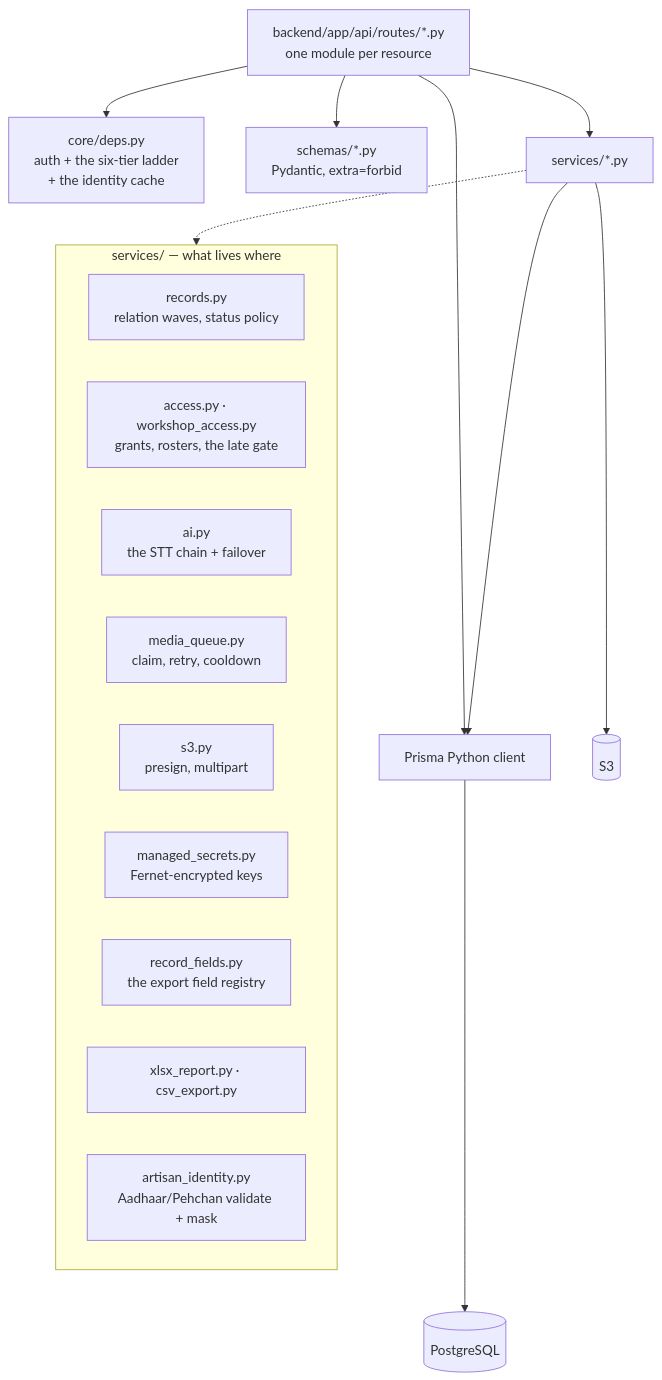
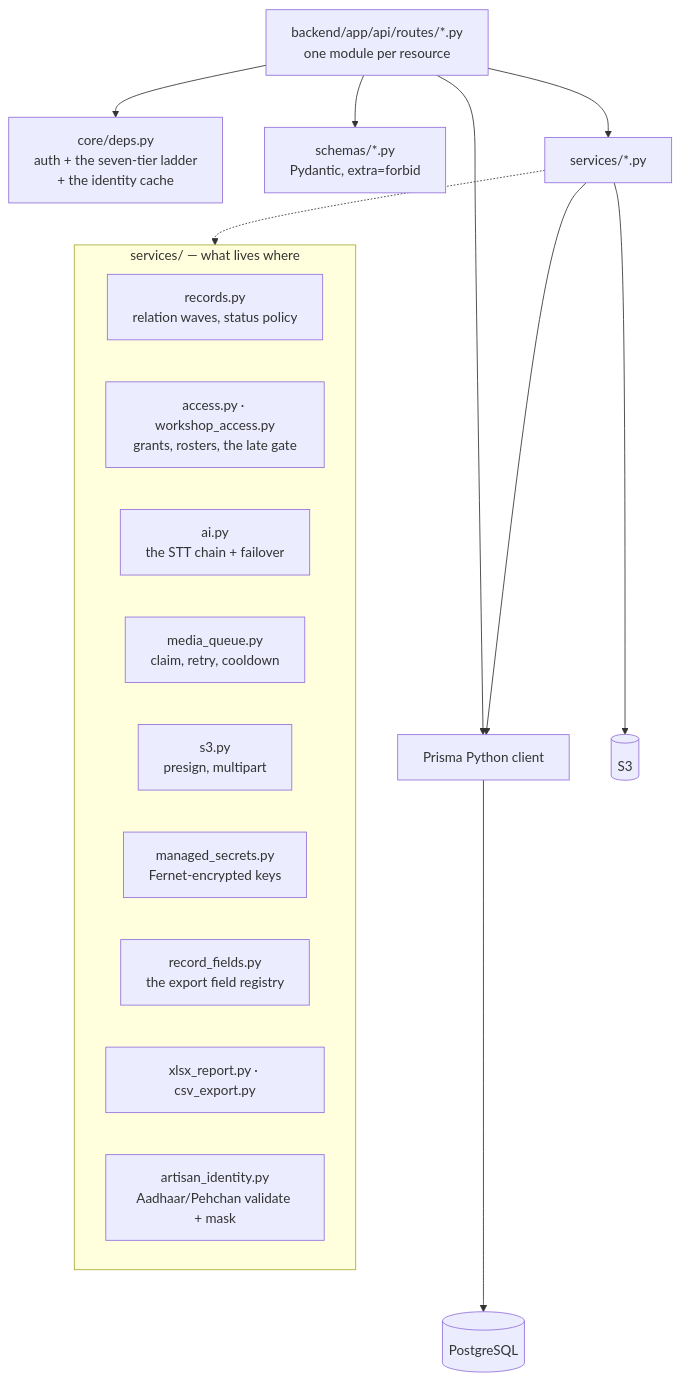
One commit to cxacraftecosystem-ui/designer-portal changed the fourth of 13 diagrams in docs/ARCHITECTURE.md. Above: the diagram before and after it, drawn with Mermaid. The commit also changed other lines of this file and 225 other files, not shown here.

````diff
--- a/docs/ARCHITECTURE.md
+++ b/docs/ARCHITECTURE.md
@@ -193,32 +195,32 @@
 ```mermaid
 flowchart TD
   routes["backend/app/api/routes/*.py<br/>one module per resource"]
-  deps["core/deps.py<br/>auth + the six-tier ladder<br/>+ the identity cache"]
+  deps["core/deps.py<br/>auth + the seven-tier ladder<br/>+ the identity cache"]
   schemas["schemas/*.py<br/>Pydantic, extra=forbid"]
   svc["services/*.py"]
   prisma[Prisma Python client]
   pg[(PostgreSQL)]
   s3[(S3)]
 
   routes --> deps
   routes --> schemas
   routes --> svc
   routes --> prisma
   svc --> prisma
   svc --> s3
   prisma --> pg
 
   subgraph services["services/ — what lives where"]
     direction LR
     s1["records.py<br/>relation waves, status policy"]
     s2["access.py · workshop_access.py<br/>grants, rosters, the late gate"]
     s3b["ai.py<br/>the STT chain + failover"]
     s4["media_queue.py<br/>claim, retry, cooldown"]
     s5["s3.py<br/>presign, multipart"]
     s6["managed_secrets.py<br/>Fernet-encrypted keys"]
     s7["record_fields.py<br/>the export field registry"]
     s8["xlsx_report.py · csv_export.py"]
     s9["artisan_identity.py<br/>Aadhaar/Pehchan validate + mask"]
   end
   svc -.-> services
 ```
````
